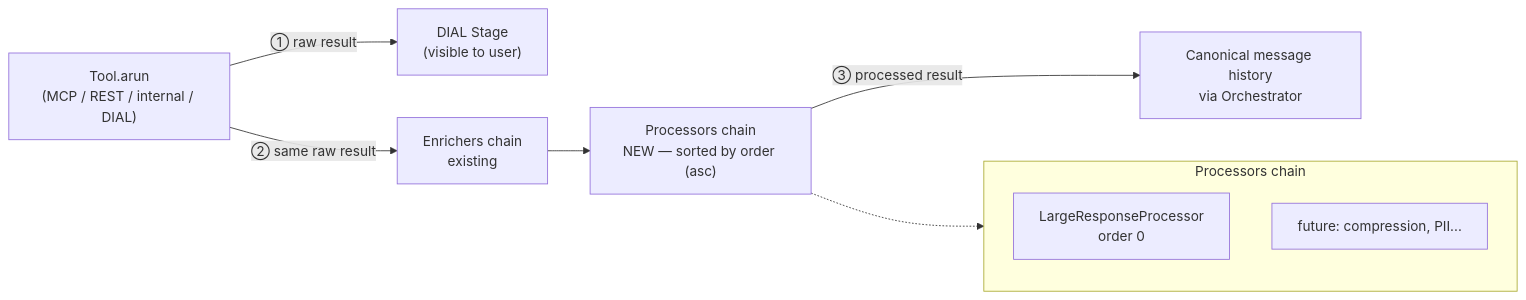
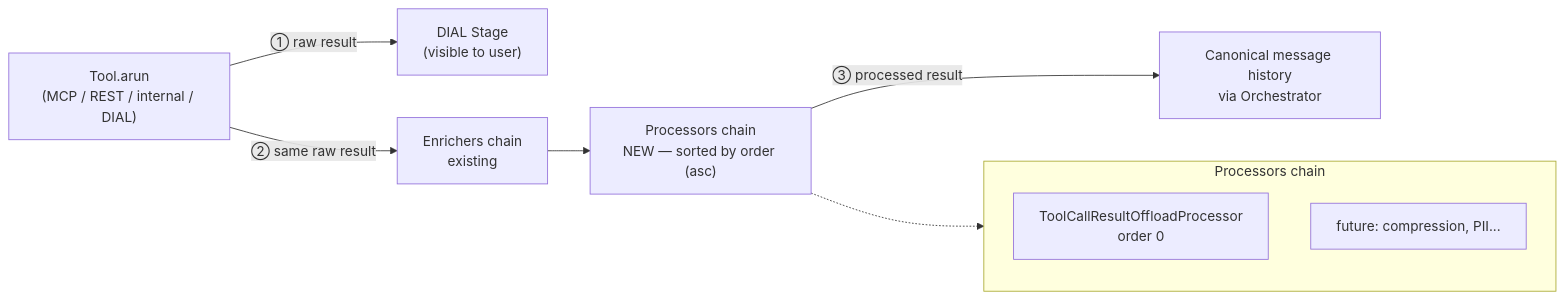
The second of 4 diagrams in docs/designs/large_tool_responses.md (epam/ai-dial-quickapps-backend), drawn with Mermaid before and after one commit. The commit also changed other lines of this file and 31 other files, not shown here.

````diff
--- a/docs/designs/large_tool_responses.md
+++ b/docs/designs/large_tool_responses.md
@@ -211,14 +216,14 @@
 ```mermaid
 flowchart LR
     Tool["Tool.arun\n(MCP / REST / internal / DIAL)"]
     Tool -->|"① raw result"| Stage["DIAL Stage\n(visible to user)"]
     Tool -->|"② same raw result"| Enrich["Enrichers chain\nexisting"]
     Enrich --> Proc["Processors chain\nNEW — sorted by order (asc)"]
     Proc -->|"③ processed result"| Hist["Canonical message history\nvia Orchestrator"]
     subgraph Proc_detail[Processors chain]
       direction TB
-      P1[LargeResponseProcessor<br/>order 0]
+      P1[ToolCallResultOffloadProcessor<br/>order 0]
       P2[future: compression, PII...]
     end
     Proc -.-> Proc_detail
 ```
````
